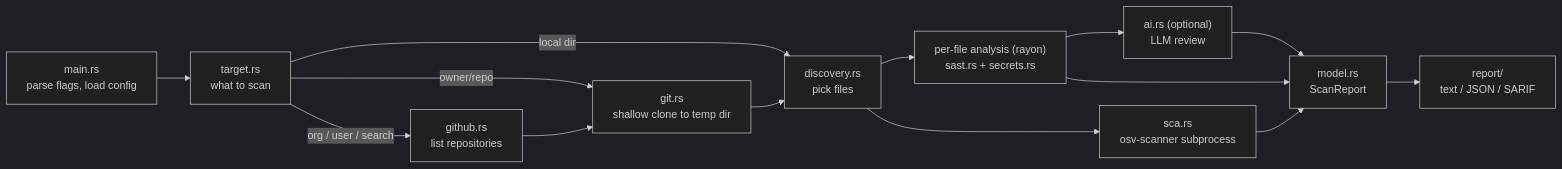
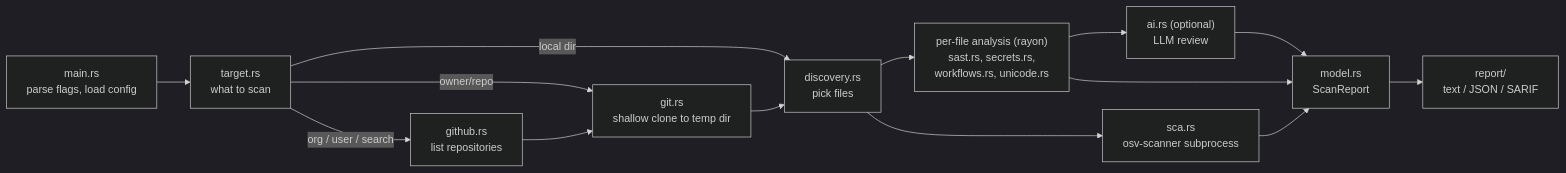
Before and after one commit to Divhanthelion/ghaudit: the diagram in docs/ARCHITECTURE.md, drawn with Mermaid (dark theme). The commit also changed other lines of this file and 20 other files, not shown here.

````diff
--- a/docs/ARCHITECTURE.md
+++ b/docs/ARCHITECTURE.md
@@ -8,15 +8,15 @@
 ```mermaid
 flowchart LR
     CLI["main.rs<br/>parse flags, load config"] --> T["target.rs<br/>what to scan"]
     T -->|local dir| D
     T -->|owner/repo| G["git.rs<br/>shallow clone to temp dir"]
     T -->|org / user / search| API["github.rs<br/>list repositories"] --> G
     G --> D["discovery.rs<br/>pick files"]
-    D --> L["per-file analysis (rayon)<br/>sast.rs + secrets.rs"]
+    D --> L["per-file analysis (rayon)<br/>sast.rs, secrets.rs,<br/>workflows.rs, unicode.rs"]
     D --> S["sca.rs<br/>osv-scanner subprocess"]
     L --> AI["ai.rs (optional)<br/>LLM review"]
     L --> R["model.rs<br/>ScanReport"]
     S --> R
     AI --> R
     R --> OUT["report/<br/>text / JSON / SARIF"]
 ```
````
